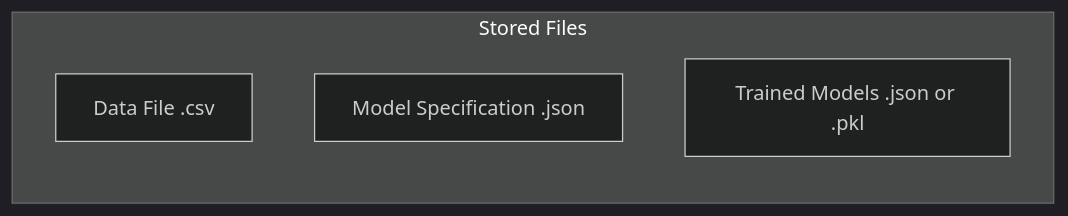
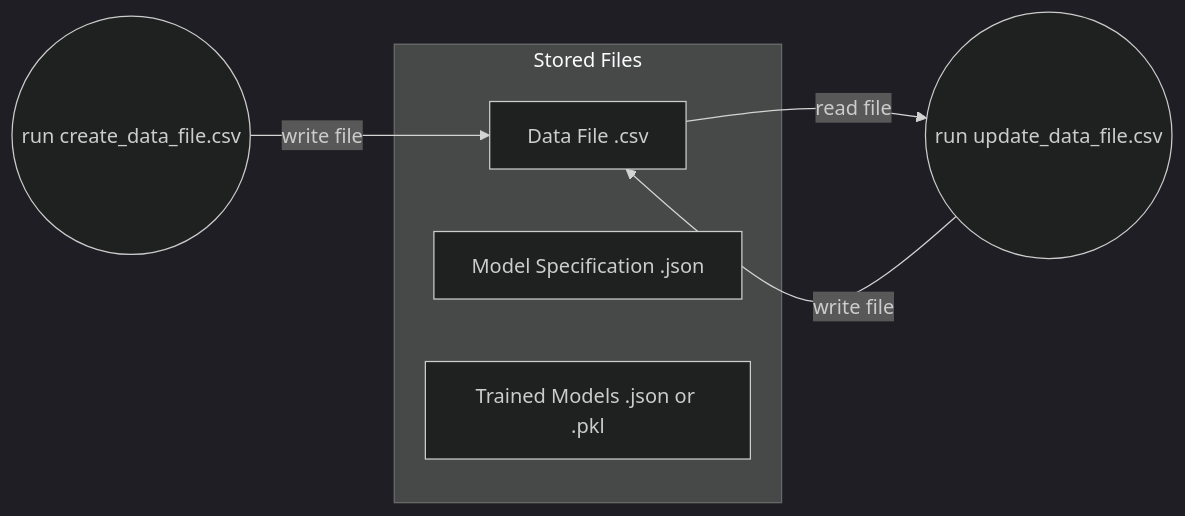
Before and after one commit to markusrupp/icing_flowshart: the second of 2 diagrams in code_flow.md, drawn with Mermaid (dark theme).

````diff
--- a/code_flow.md
+++ b/code_flow.md
@@ -17,10 +17,12 @@
 ```mermaid
 flowchart LR
     subgraph Stored Files
         CSV[Data File .csv]
         MS[Model Specification .json]
         MF[Trained Models .json or .pkl]
     end
-
+CCSV((run create_data_file.csv)) -->|write file| CSV
+UCSV((run update_data_file.csv)) -->|write file| CSV
+CSV -->|read file| UCSV
     
 ```
````
